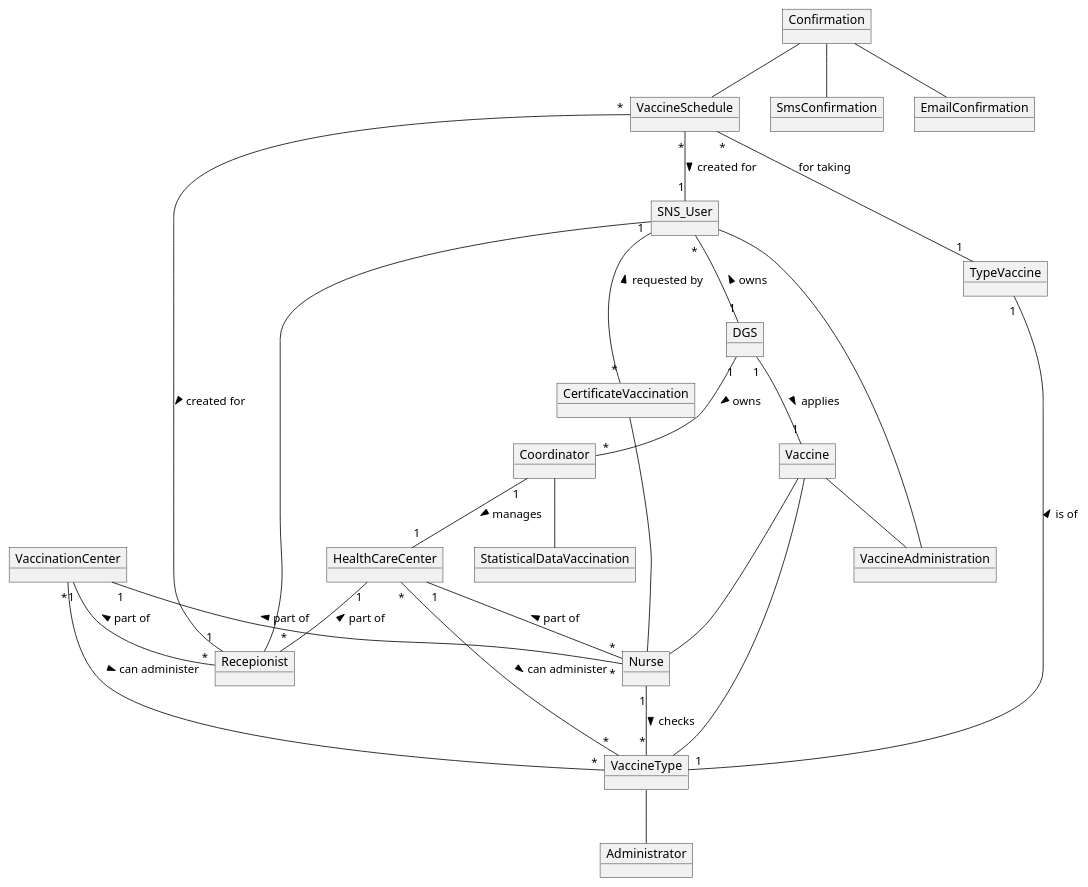
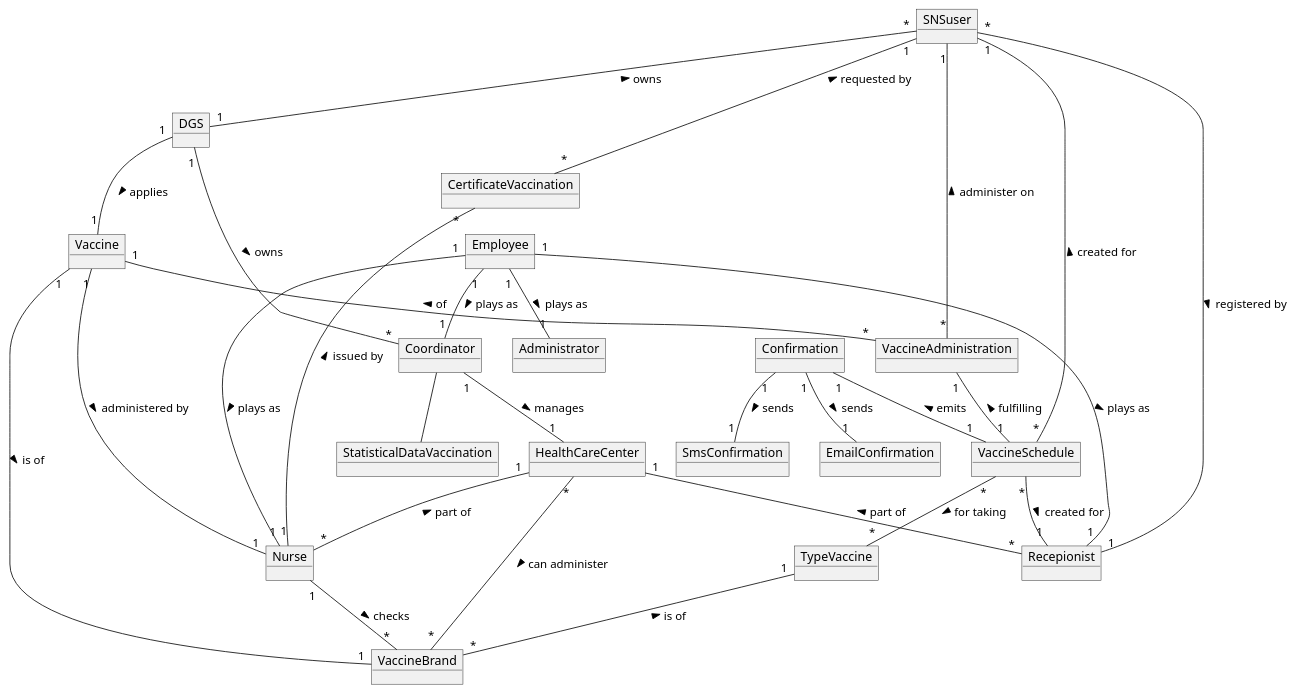
Before and after one commit to osnilas/SNSsystem: the diagram in docs/SprintA/DM.puml, drawn with PlantUML.

Commit message:
Domain model:

```diff
--- a/docs/SprintA/DM.puml
+++ b/docs/SprintA/DM.puml
@@ -1,51 +1,54 @@
 @startuml
 'https://plantuml.com/object-diagram
 
-object SNS_User
+object SNSuser
 object DGS
 object Administrator
 object Coordinator
 object Nurse
 object Recepionist
 object HealthCareCenter
-object VaccinationCenter
-object VaccineType
+object VaccineBrand
 object TypeVaccine
 object Vaccine
 object VaccineSchedule
 object StatisticalDataVaccination
 object CertificateVaccination
 object VaccineAdministration
 object Confirmation
 object SmsConfirmation
 object EmailConfirmation
+object Employee
 
-SNS_User"*"--"1" DGS : < owns
+SNSuser"*"--"1" DGS : < owns
 DGS"1" -- "*"Coordinator : > owns
 DGS "1"--"1" Vaccine : > applies
-TypeVaccine "1"--"1"VaccineType : < is of
-SNS_User "1"--"*" CertificateVaccination: < requested by
+Employee"1"--"1" Recepionist: > plays as
+Employee"1"--"1" Nurse: > plays as
+Employee"1"--"1" Coordinator: > plays as
+Employee"1"--"1" Administrator: > plays as
+TypeVaccine "1"--"*"VaccineBrand : < is of
+SNSuser "1"--"*" CertificateVaccination: < requested by
 Coordinator"1" --"1" HealthCareCenter: > manages
 HealthCareCenter "1"--"*" Nurse: < part of
-VaccinationCenter "1"--"*" Nurse: < part of
 HealthCareCenter "1"--"*" Recepionist: < part of
-VaccinationCenter "1"--"*" Recepionist: < part of
-Nurse "1"--"*" VaccineType: > checks
+Nurse "1"--"*" VaccineBrand: > checks
 Coordinator -- StatisticalDataVaccination
-HealthCareCenter "*"--"*" VaccineType: > can administer
-VaccinationCenter "*"--"*" VaccineType: > can administer
-VaccineSchedule"*" -- "1"SNS_User: > created for
+HealthCareCenter "*"--"*" VaccineBrand: > can administer
+VaccineSchedule"*" -- "1"SNSuser: > created for
 VaccineSchedule"*" -- "1"Recepionist: > created for
-VaccineSchedule"*" -- "1"TypeVaccine: for taking
-Vaccine -- Nurse
-Vaccine -- VaccineAdministration
-Vaccine -- VaccineType
-Recepionist -- SNS_User
-VaccineAdministration -- SNS_User
-VaccineType -- Administrator
-CertificateVaccination -- Nurse
-Confirmation -- VaccineSchedule
-Confirmation -- SmsConfirmation
-Confirmation -- EmailConfirmation
+VaccineSchedule"*" -- "*"TypeVaccine:> for taking
+Vaccine"1" -- "1"Nurse: > administered by
+Vaccine"1" -- "*"VaccineAdministration: < of
+Vaccine"1" --"1" VaccineBrand:> is of
+Recepionist"1" -- "*"SNSuser: < registered by
+VaccineAdministration"*" -- "1"SNSuser: > administer on
+VaccineAdministration"1" -- "1"VaccineSchedule: < fulfilling
+CertificateVaccination"*" -- "1"Nurse: < issued by
+Confirmation"1" -- "1"VaccineSchedule: < emits
+Confirmation"1" -- "1"SmsConfirmation:> sends
+Confirmation "1"--"1" EmailConfirmation: > sends
+
+
 
 @enduml
```
